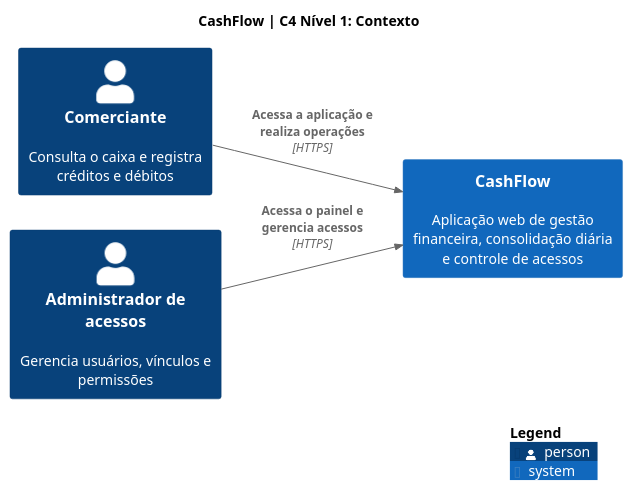
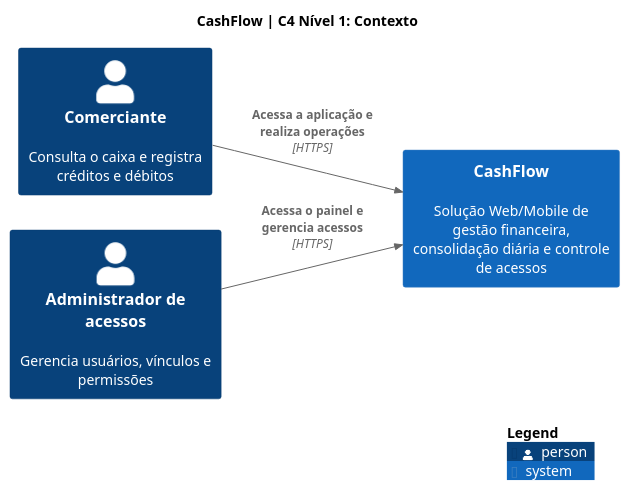
The diagram in docs/architecture/plantuml/c4-context.puml (wolwerr/CashFlow-Architecture), drawn with PlantUML before and after one commit.

Commit message:
docs: label client channel as Web/Mobile in C4 and sequences (#6)

```diff
--- a/docs/architecture/plantuml/c4-context.puml
+++ b/docs/architecture/plantuml/c4-context.puml
@@ -1,11 +1,11 @@
 @startuml CashFlow_Context
 !include <C4/C4_Context>
 title CashFlow | C4 Nível 1: Contexto
 LAYOUT_LEFT_RIGHT()
 Person(comerciante, "Comerciante", "Consulta o caixa e registra créditos e débitos")
 Person(admin, "Administrador de acessos", "Gerencia usuários, vínculos e permissões")
-System(cashflow, "CashFlow", "Aplicação web de gestão financeira, consolidação diária e controle de acessos")
+System(cashflow, "CashFlow", "Solução Web/Mobile de gestão financeira, consolidação diária e controle de acessos")
 Rel(comerciante, cashflow, "Acessa a aplicação e realiza operações", "HTTPS")
 Rel(admin, cashflow, "Acessa o painel e gerencia acessos", "HTTPS")
 SHOW_LEGEND()
 @enduml
```
